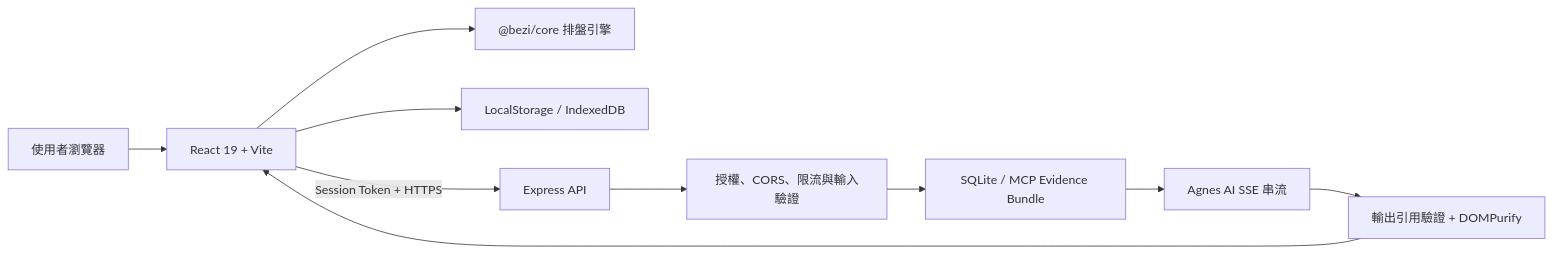
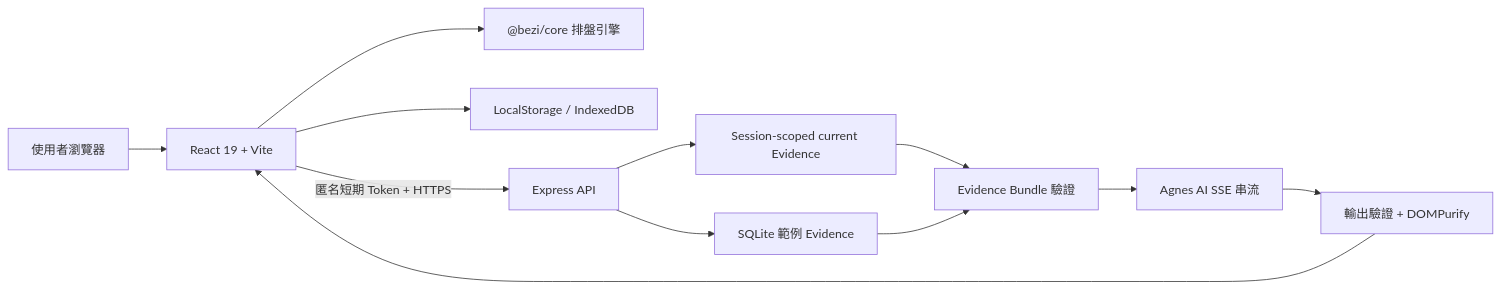
Before and after one commit to yungtang20/bezi-ai: the diagram in README.md, drawn with Mermaid. The commit also changed other lines of this file, not shown here.

````diff
--- a/README.md
+++ b/README.md
@@ -52,12 +84,14 @@
 ```mermaid
 flowchart LR
     U["使用者瀏覽器"] --> UI["React 19 + Vite"]
     UI --> CORE["@bezi/core 排盤引擎"]
     UI --> LOCAL["LocalStorage / IndexedDB"]
-    UI -->|"Session Token + HTTPS"| API["Express API"]
-    API --> AUTH["授權、CORS、限流與輸入驗證"]
-    AUTH --> EVIDENCE["SQLite / MCP Evidence Bundle"]
-    EVIDENCE --> AI["Agnes AI SSE 串流"]
-    AI --> GATE["輸出引用驗證 + DOMPurify"]
-    GATE --> UI
+    UI -->|"匿名短期 Token + HTTPS"| API["Express API"]
+    API --> CURRENT["Session-scoped current Evidence"]
+    API --> SQL["SQLite 範例 Evidence"]
+    CURRENT --> GATE["Evidence Bundle 驗證"]
+    SQL --> GATE
+    GATE --> AI["Agnes AI SSE 串流"]
+    AI --> SAFE["輸出驗證 + DOMPurify"]
+    SAFE --> UI
 ```
````
